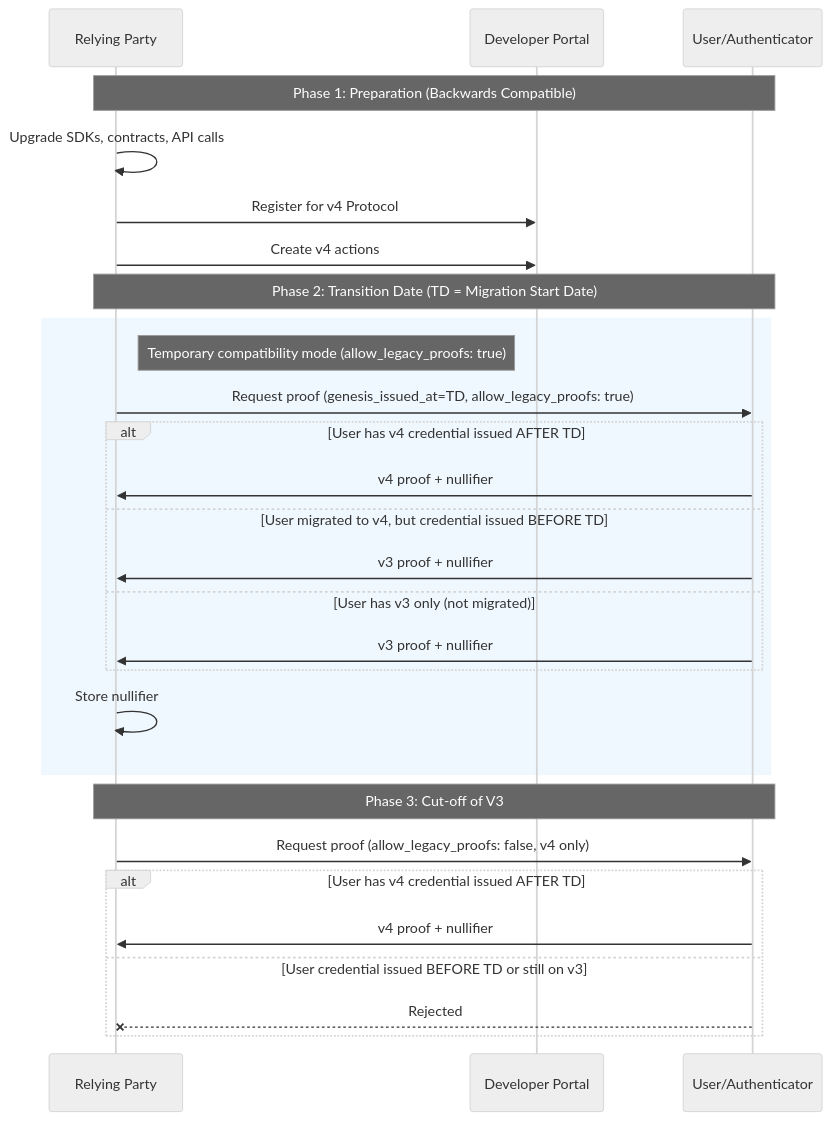
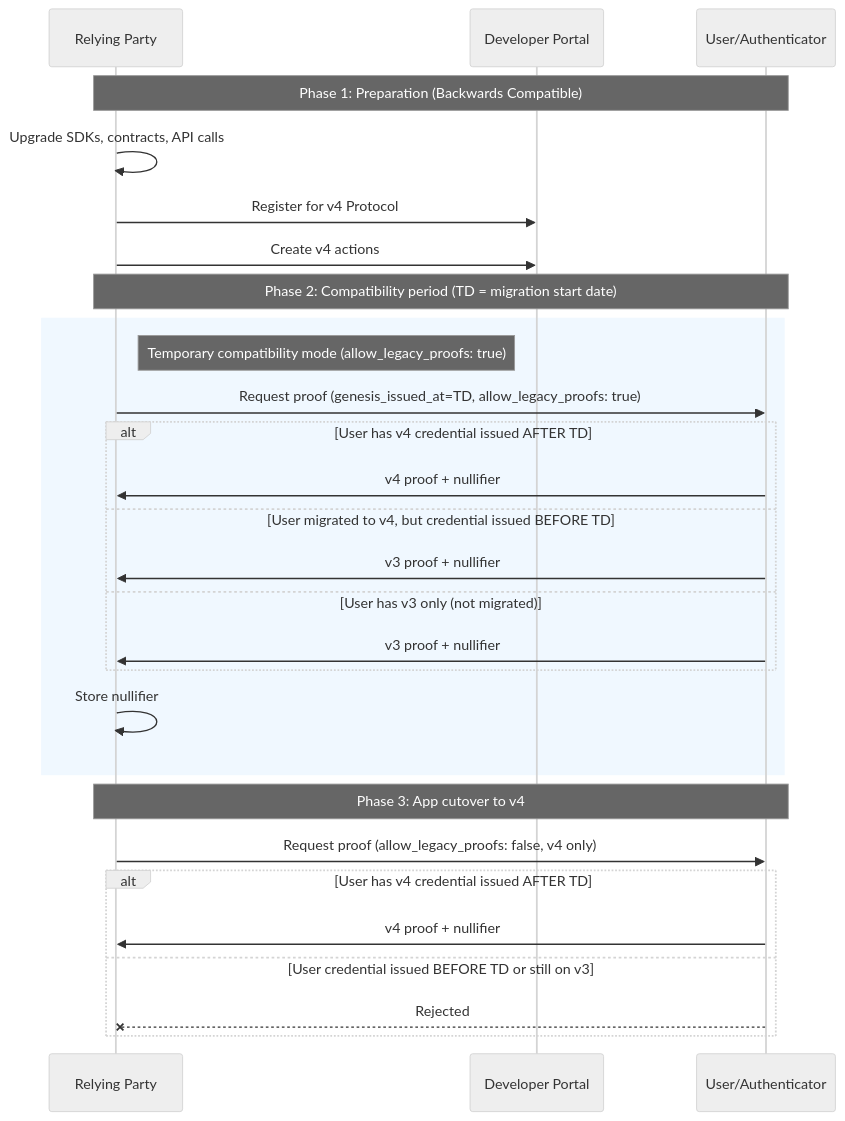
Before and after one commit to worldcoin/developer-docs: the first of 3 diagrams in world-id/4-0-migration.mdx, drawn with Mermaid (neutral theme). The commit also changed other lines of this file and 3 other files, not shown here.

````diff
--- a/world-id/4-0-migration.mdx
+++ b/world-id/4-0-migration.mdx
@@ -80,33 +70,33 @@
 ```mermaid
 sequenceDiagram
     participant RP as Relying Party
     participant Portal as Developer Portal
     participant User as User/Authenticator
 
     Note over RP,User: Phase 1: Preparation (Backwards Compatible)
     RP->>RP: Upgrade SDKs, contracts, API calls
     RP->>Portal: Register for v4 Protocol
     RP->>Portal: Create v4 actions
 
-    Note over RP,User: Phase 2: Transition Date (TD = Migration Start Date)
+    Note over RP,User: Phase 2: Compatibility period (TD = migration start date)
     rect rgb(240, 248, 255)
         Note right of RP: Temporary compatibility mode (allow_legacy_proofs: true)
         RP->>User: Request proof (genesis_issued_at=TD, allow_legacy_proofs: true)
         alt User has v4 credential issued AFTER TD
             User->>RP: v4 proof + nullifier
         else User migrated to v4, but credential issued BEFORE TD
             User->>RP: v3 proof + nullifier
         else User has v3 only (not migrated)
             User->>RP: v3 proof + nullifier
         end
         RP->>RP: Store nullifier
     end
 
-    Note over RP,User: Phase 3: Cut-off of V3
+    Note over RP,User: Phase 3: App cutover to v4
     RP->>User: Request proof (allow_legacy_proofs: false, v4 only)
     alt User has v4 credential issued AFTER TD
         User->>RP: v4 proof + nullifier
     else User credential issued BEFORE TD or still on v3
         User--xRP: Rejected
     end
 ```
````
